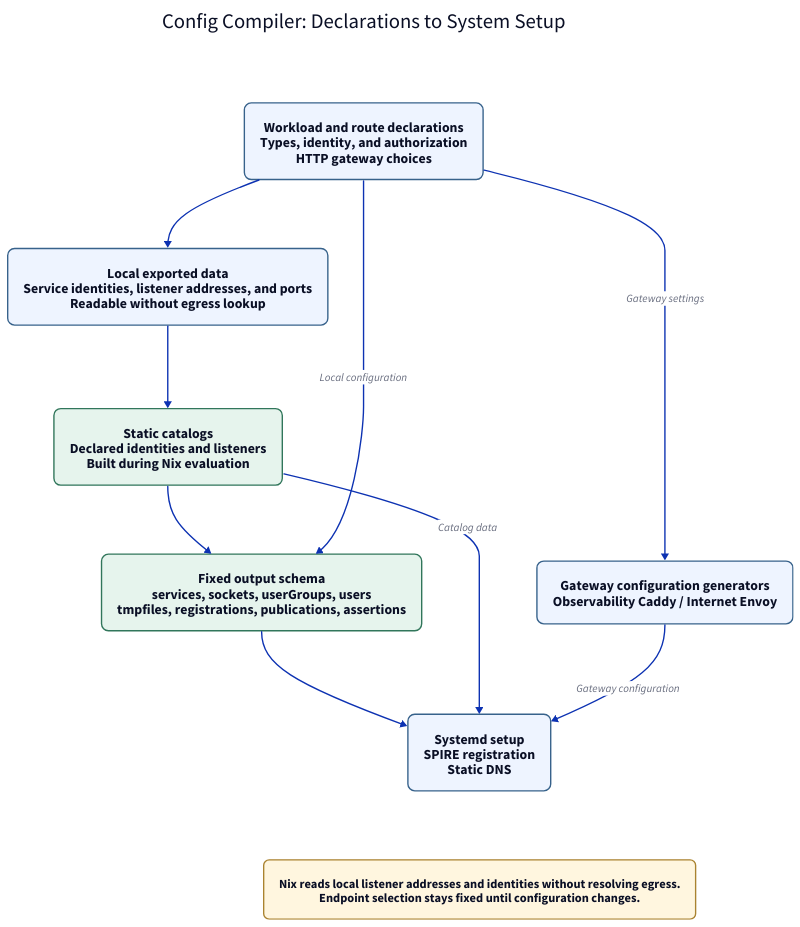
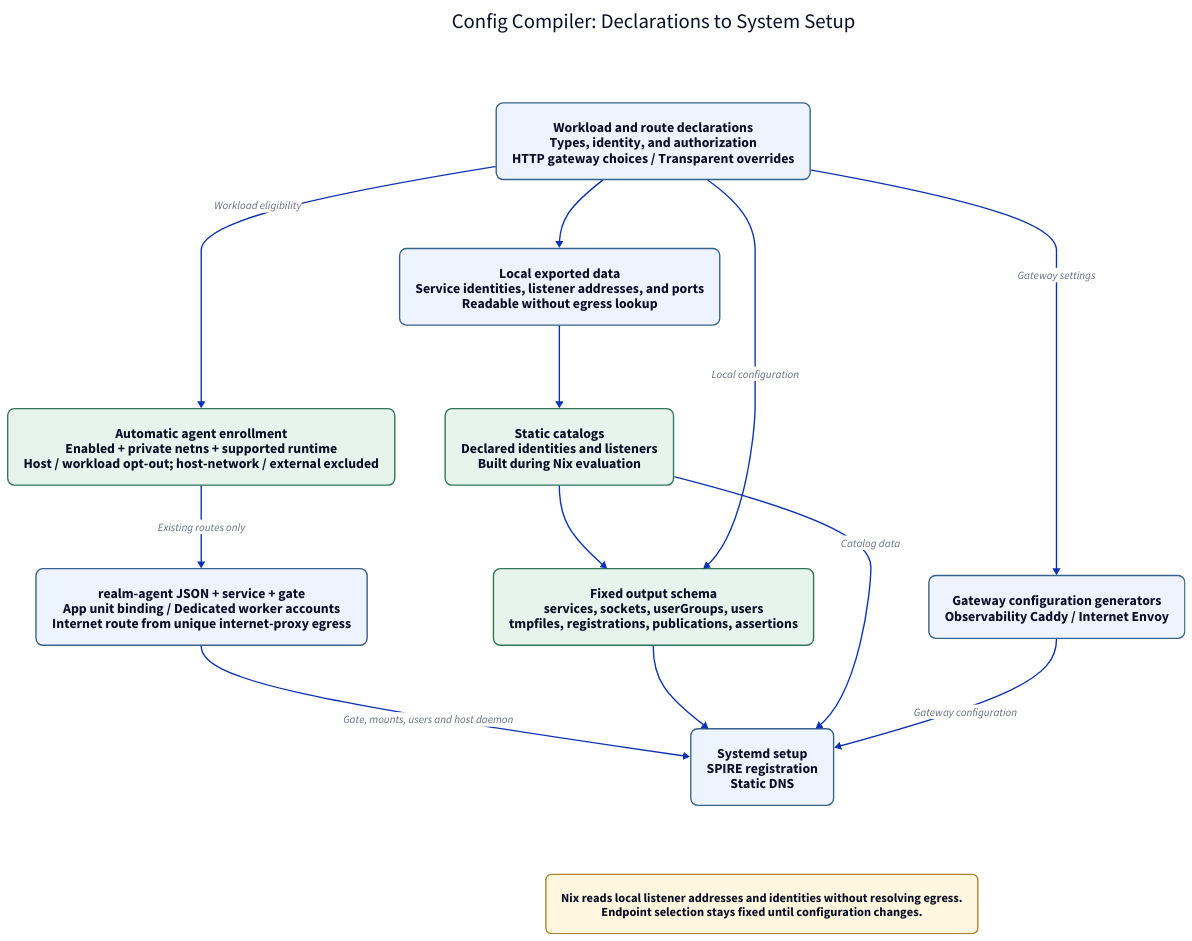
Before and after one commit to oluceps/nixos-config: the diagram in layout/config-compiler.d2, drawn with D2. The commit also changed 11 other files, not shown here.

Commit message:
docs(realm): update architecture diagrams for transparent agent

```diff
--- a/layout/config-compiler.d2
+++ b/layout/config-compiler.d2
@@ -1,26 +1,31 @@
 direction: down
 vars: { d2-config: { theme-id: 0 } }
 classes: {
   node: { style: { fill: "#eef4ff"; stroke: "#37628b"; border-radius: 10; font-size: 20 } }
   gateway: { style: { fill: "#e6f4ed"; stroke: "#31765b"; border-radius: 10; font-size: 20 } }
   note: { style: { fill: "#fff6df"; stroke: "#aa8330"; border-radius: 8; font-size: 18 } }
 }
 title: "Config Compiler: Declarations to System Setup" { shape: text; style.font-size: 30 }
-declarations: "Workload and route declarations\nTypes, identity, and authorization\nHTTP gateway choices" { class: node }
+declarations: "Workload and route declarations\nTypes, identity, and authorization\nHTTP gateway choices / Transparent overrides" { class: node }
 local: "Local exported data\nService identities, listener addresses, and ports\nReadable without egress lookup" { class: node }
 aggregate: "Static catalogs\nDeclared identities and listeners\nBuilt during Nix evaluation" { class: gateway }
 compile: "Fixed output schema\nservices, sockets, userGroups, users\ntmpfiles, registrations, publications, assertions" { class: gateway }
 outputs: "Systemd setup\nSPIRE registration\nStatic DNS" { class: node }
 native: "Gateway configuration generators\nObservability Caddy / Internet Envoy" { class: node }
+enrollment: "Automatic agent enrollment\nEnabled + private netns + supported runtime\nHost / workload opt-out; host-network / external excluded" { class: gateway }
+agent: "realm-agent JSON + service + gate\nApp unit binding / Dedicated worker accounts\nInternet route from unique internet-proxy egress" { class: node }
 notes: "Nix reads local listener addresses and identities without resolving egress.\nEndpoint selection stays fixed until configuration changes." { class: note }
+declarations -> enrollment: "Workload eligibility"
+enrollment -> agent: "Existing routes only"
+agent -> outputs: "Gate, mounts, users and host daemon"
 declarations -> local
 local -> aggregate
 aggregate -> compile
 declarations -> compile: "Local configuration"
 compile -> outputs
 aggregate -> outputs: "Catalog data"
 declarations -> native: "Gateway settings"
 native -> outputs: "Gateway configuration"
 # Invisible edges place the title and note on their own rows.
 title -> declarations: { style.opacity: 0 }
 outputs -> notes: { style.opacity: 0 }
```
